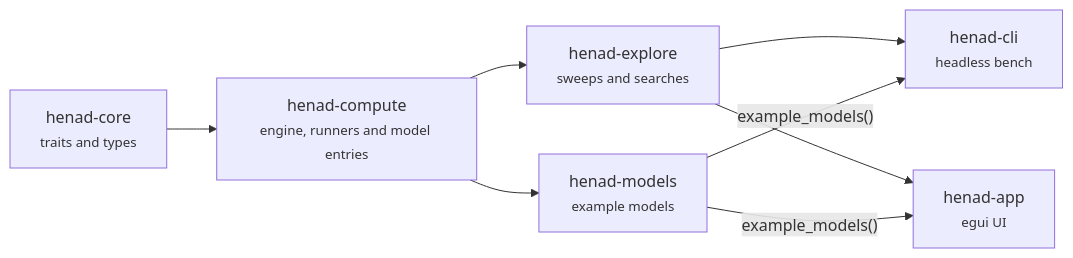
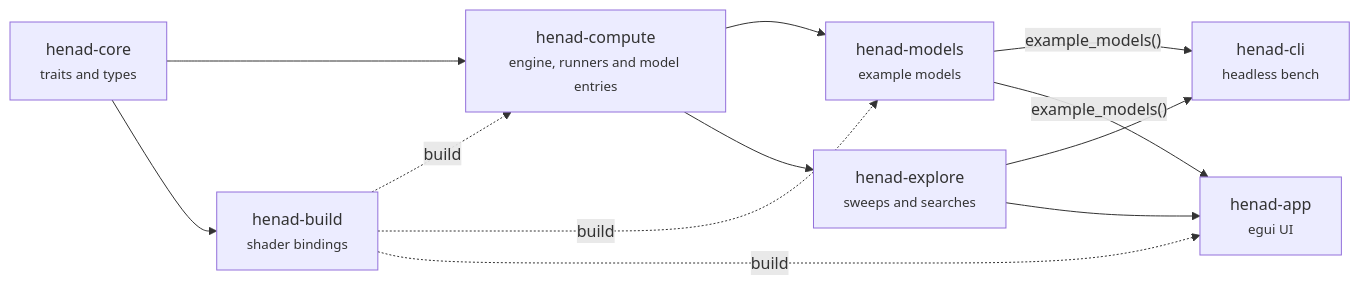
The diagram in docs/developing/architecture.md (micfong-z/henad), drawn with Mermaid before and after one commit. The commit also changed other lines of this file and 76 other files, not shown here.

````diff
--- a/docs/developing/architecture.md
+++ b/docs/developing/architecture.md
@@ -13,10 +14,14 @@
 ```mermaid
 graph LR
   core["henad-core<br/><small>traits and types</small>"] --> compute["henad-compute<br/><small>engine, runners and model entries</small>"]
+  core --> build["henad-build<br/><small>shader bindings</small>"]
+  build -. "build" .-> compute
+  build -. "build" .-> models
+  build -. "build" .-> app
   compute --> models["henad-models<br/><small>example models</small>"]
   compute --> explore["henad-explore<br/><small>sweeps and searches</small>"]
   explore --> cli["henad-cli<br/><small>headless bench</small>"]
   explore --> app["henad-app<br/><small>egui UI</small>"]
   models -- "example_models()" --> cli
   models -- "example_models()" --> app
 ```
````
